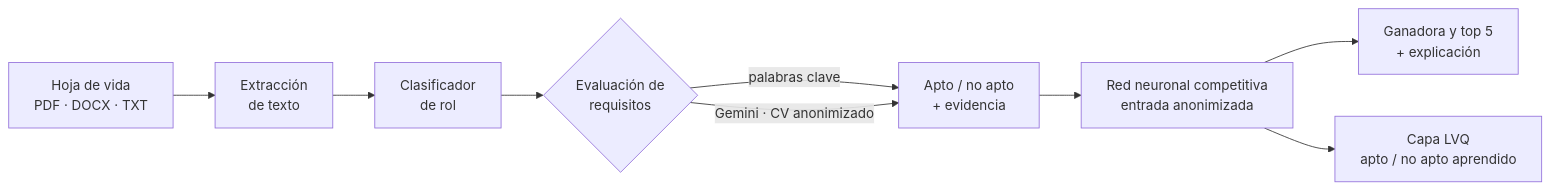
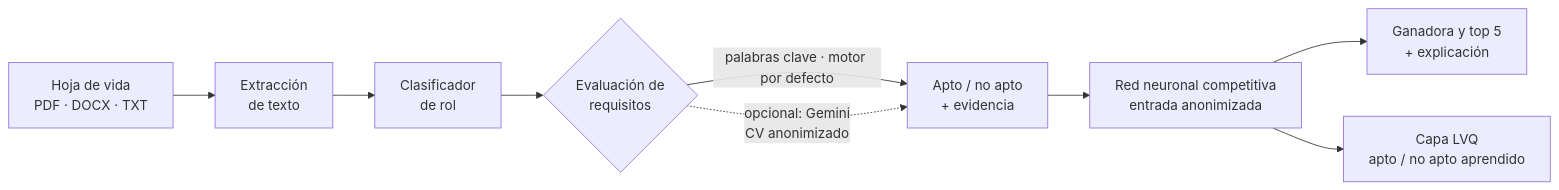
The diagram in README.md (iAxstral/CVScope), drawn with Mermaid before and after one commit. The commit also changed other lines of this file and 1 other file, not shown here.

Commit message:
docs: presentar Gemini como motor opcional (descripción de la API, README y diagrama)

````diff
--- a/README.md
+++ b/README.md
@@ -45,11 +46,11 @@
 ```mermaid
 flowchart LR
     A[Hoja de vida<br/>PDF · DOCX · TXT] --> B[Extracción<br/>de texto]
     B --> D[Clasificador<br/>de rol]
     D --> E{Evaluación de<br/>requisitos}
-    E -->|palabras clave| F[Apto / no apto<br/>+ evidencia]
-    E -->|Gemini · CV anonimizado| F
+    E -->|palabras clave · motor por defecto| F[Apto / no apto<br/>+ evidencia]
+    E -.->|opcional: Gemini<br/>CV anonimizado| F
     F --> G[Red neuronal competitiva<br/>entrada anonimizada]
     G --> H[Ganadora y top 5<br/>+ explicación]
     G --> L[Capa LVQ<br/>apto / no apto aprendido]
 ```
````
